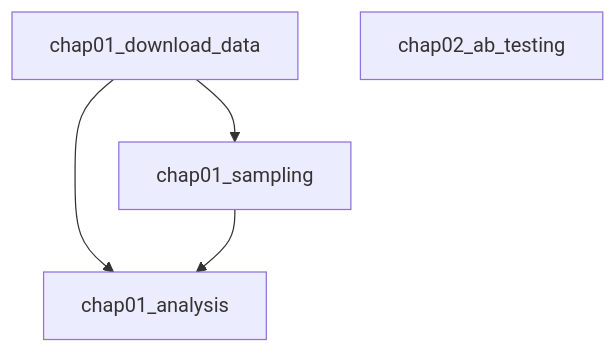
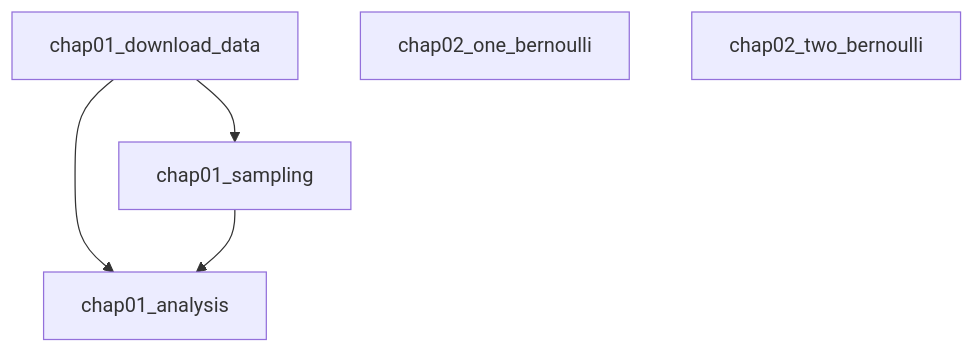
The diagram in PIPELINE.md (u-masao/bayesian-methods-for-hackers-memo), drawn with Mermaid before and after one commit. The commit also changed 1 other file, not shown here.

Commit message:
[update] dvc repro

````diff
--- a/PIPELINE.md
+++ b/PIPELINE.md
@@ -1,10 +1,11 @@
 ```mermaid
 flowchart TD
 	node1["chap01_analysis"]
 	node2["chap01_download_data"]
 	node3["chap01_sampling"]
 	node2-->node1
 	node2-->node3
 	node3-->node1
-	node4["chap02_ab_testing"]
+	node4["chap02_one_bernoulli"]
+	node5["chap02_two_bernoulli"]
 ```
````
